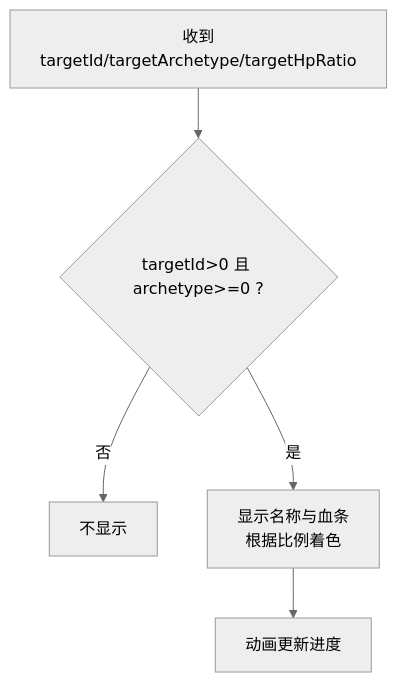
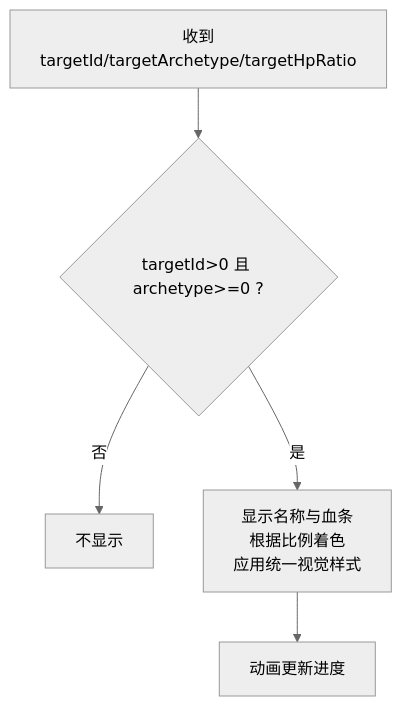
Before and after one commit to sj123sheng/my-world: the fifth of 7 diagrams in .qoder/repowiki/zh/content/前端界面系统/目标帧系统.md, drawn with Mermaid (neutral theme). The commit also changed other lines of this file and 160 other files, not shown here.

````diff
--- a/.qoder/repowiki/zh/content/前端界面系统/目标帧系统.md
+++ b/.qoder/repowiki/zh/content/前端界面系统/目标帧系统.md
@@ -161,7 +184,7 @@
 ```mermaid
 flowchart TD
 A["收到targetId/targetArchetype/targetHpRatio"] --> B{"targetId>0 且 archetype>=0 ?"}
 B --> |否| C["不显示"]
-B --> |是| D["显示名称与血条<br/>根据比例着色"]
+B --> |是| D["显示名称与血条<br/>根据比例着色<br/>应用统一视觉样式"]
 D --> E["动画更新进度"]
 ```
````
